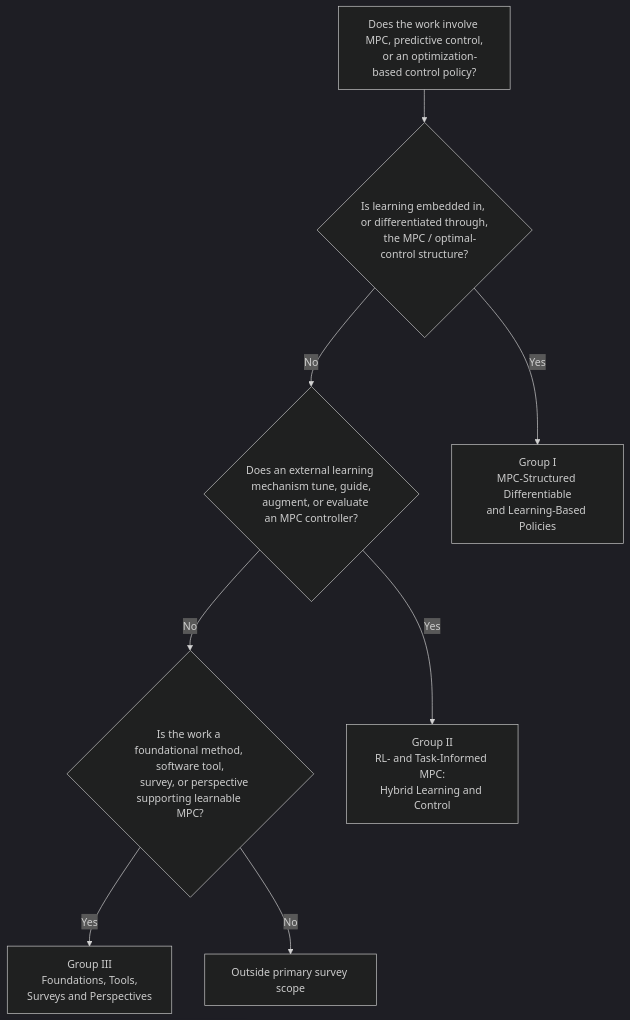
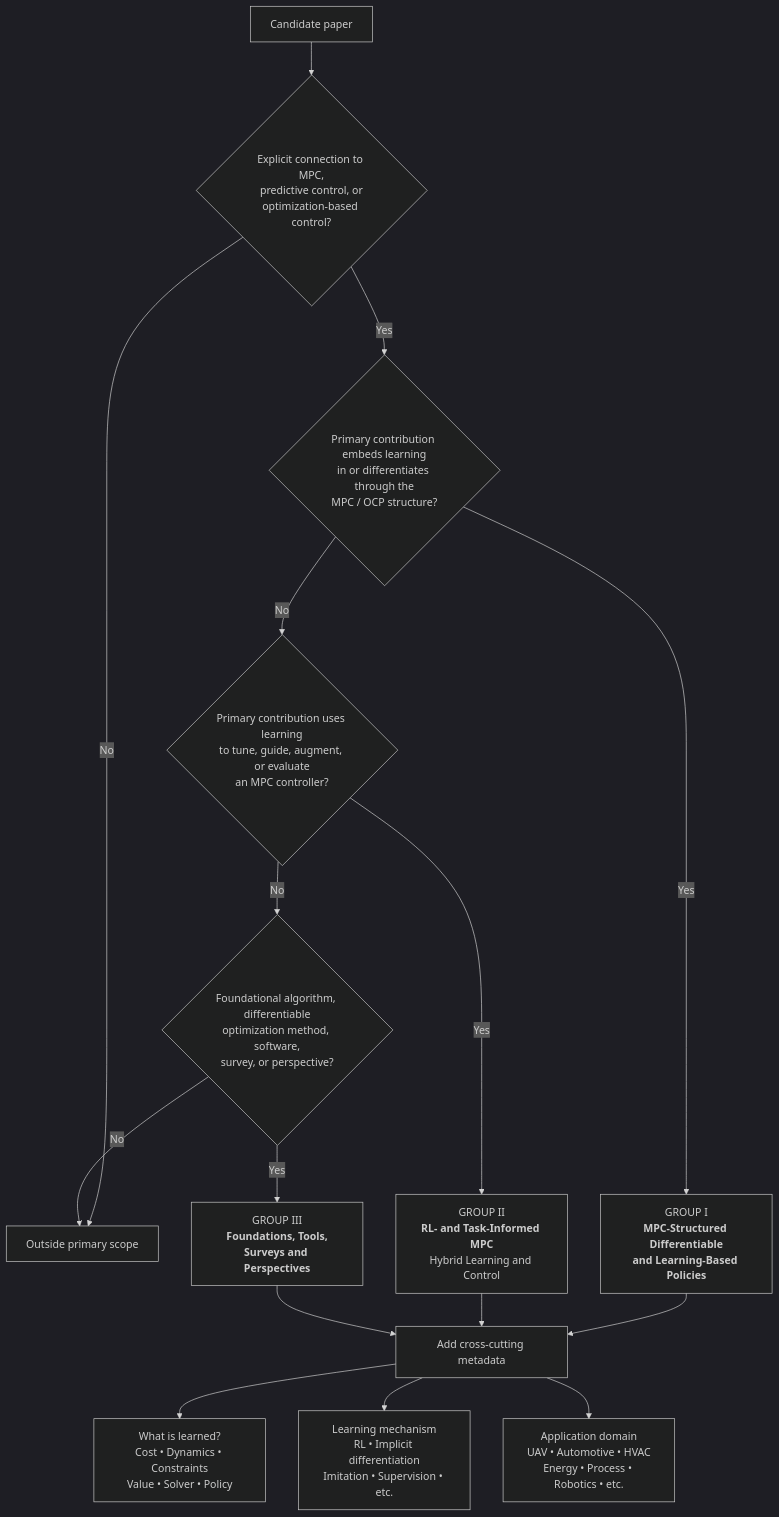
Before and after one commit to Abdoul-AzizLB/differentiable_and_learnable_mpc: the diagram in README.md, drawn with Mermaid (dark theme). The commit also changed other lines of this file, not shown here.

````diff
--- a/README.md
+++ b/README.md
@@ -119,31 +119,23 @@
 ```mermaid
 flowchart TD
+    A["Candidate paper"] --> S{"Explicit connection to MPC,<br/>predictive control, or<br/>optimization-based control?"}
+    S -->|No| O["Outside primary scope"]
+    S -->|Yes| Q1{"Primary contribution embeds learning<br/>in or differentiates through the<br/>MPC / OCP structure?"}
 
-    A["Does the work involve MPC, predictive control,
-    or an optimization-based control policy?"]
+    Q1 -->|Yes| G1["GROUP I<br/><b>MPC-Structured Differentiable<br/>and Learning-Based Policies</b>"]
+    Q1 -->|No| Q2{"Primary contribution uses learning<br/>to tune, guide, augment, or evaluate<br/>an MPC controller?"}
 
-    B{"Is learning embedded in, or differentiated through,
-    the MPC / optimal-control structure?"}
+    Q2 -->|Yes| G2["GROUP II<br/><b>RL- and Task-Informed MPC</b><br/>Hybrid Learning and Control"]
+    Q2 -->|No| Q3{"Foundational algorithm, differentiable<br/>optimization method, software,<br/>survey, or perspective?"}
 
-    C{"Does an external learning mechanism tune, guide,
-    augment, or evaluate an MPC controller?"}
+    Q3 -->|Yes| G3["GROUP III<br/><b>Foundations, Tools,<br/>Surveys and Perspectives</b>"]
+    Q3 -->|No| O
 
-    D{"Is the work a foundational method, software tool,
-    survey, or perspective supporting learnable MPC?"}
+    G1 --> M["Add cross-cutting metadata"]
+    G2 --> M
+    G3 --> M
 
-    G1["Group I<br/>MPC-Structured Differentiable<br/>and Learning-Based Policies"]
-
-    G2["Group II<br/>RL- and Task-Informed MPC:<br/>Hybrid Learning and Control"]
-
-    G3["Group III<br/>Foundations, Tools,<br/>Surveys and Perspectives"]
-
-    OUT["Outside primary survey scope"]
-
-    A --> B
-    B -->|Yes| G1
-    B -->|No| C
-    C -->|Yes| G2
-    C -->|No| D
-    D -->|Yes| G3
-    D -->|No| OUT
+    M --> T1["What is learned?<br/>Cost • Dynamics • Constraints<br/>Value • Solver • Policy"]
+    M --> T2["Learning mechanism<br/>RL • Implicit differentiation<br/>Imitation • Supervision • etc."]
+    M --> T3["Application domain<br/>UAV • Automotive • HVAC<br/>Energy • Process • Robotics • etc."]
 ```
````
